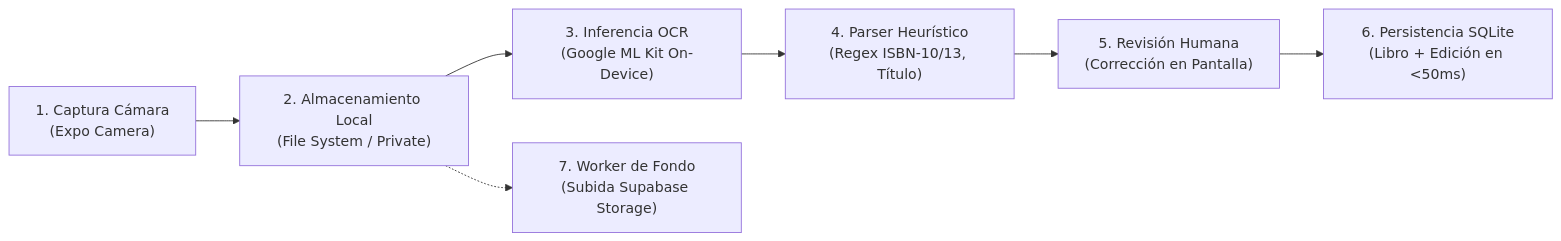
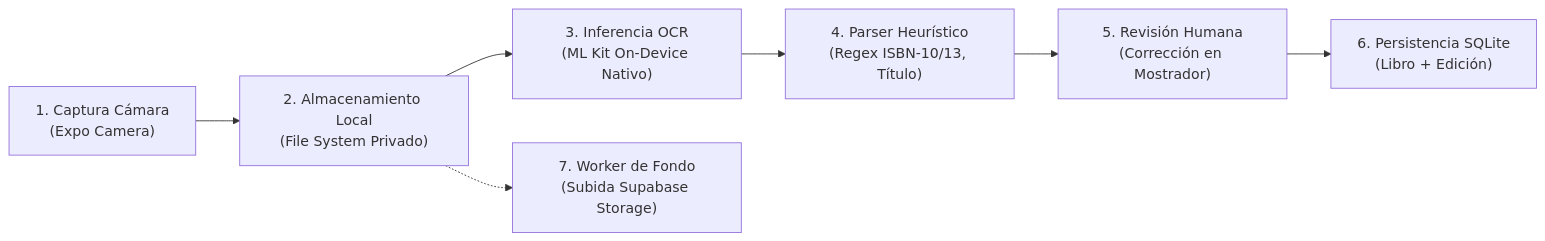
Before and after one commit to JMedina255/Proyecto_tienda: the second of 4 diagrams in docs/02-arquitectura/ARQUITECTURA.md, drawn with Mermaid. The commit also changed other lines of this file and 6 other files, not shown here.

````diff
--- a/docs/02-arquitectura/ARQUITECTURA.md
+++ b/docs/02-arquitectura/ARQUITECTURA.md
@@ -174,9 +173,9 @@
 ```mermaid
 flowchart LR
-    A["1. Captura Cámara\n(Expo Camera)"] --> B["2. Almacenamiento Local\n(File System / Private)"]
-    B --> C["3. Inferencia OCR\n(Google ML Kit On-Device)"]
+    A["1. Captura Cámara\n(Expo Camera)"] --> B["2. Almacenamiento Local\n(File System Privado)"]
+    B --> C["3. Inferencia OCR\n(ML Kit On-Device Nativo)"]
     C --> D["4. Parser Heurístico\n(Regex ISBN-10/13, Título)"]
-    D --> E["5. Revisión Humana\n(Corrección en Pantalla)"]
-    E --> F["6. Persistencia SQLite\n(Libro + Edición en <50ms)"]
+    D --> E["5. Revisión Humana\n(Corrección en Mostrador)"]
+    E --> F["6. Persistencia SQLite\n(Libro + Edición)"]
     B -.-> G["7. Worker de Fondo\n(Subida Supabase Storage)"]
 ```
````
